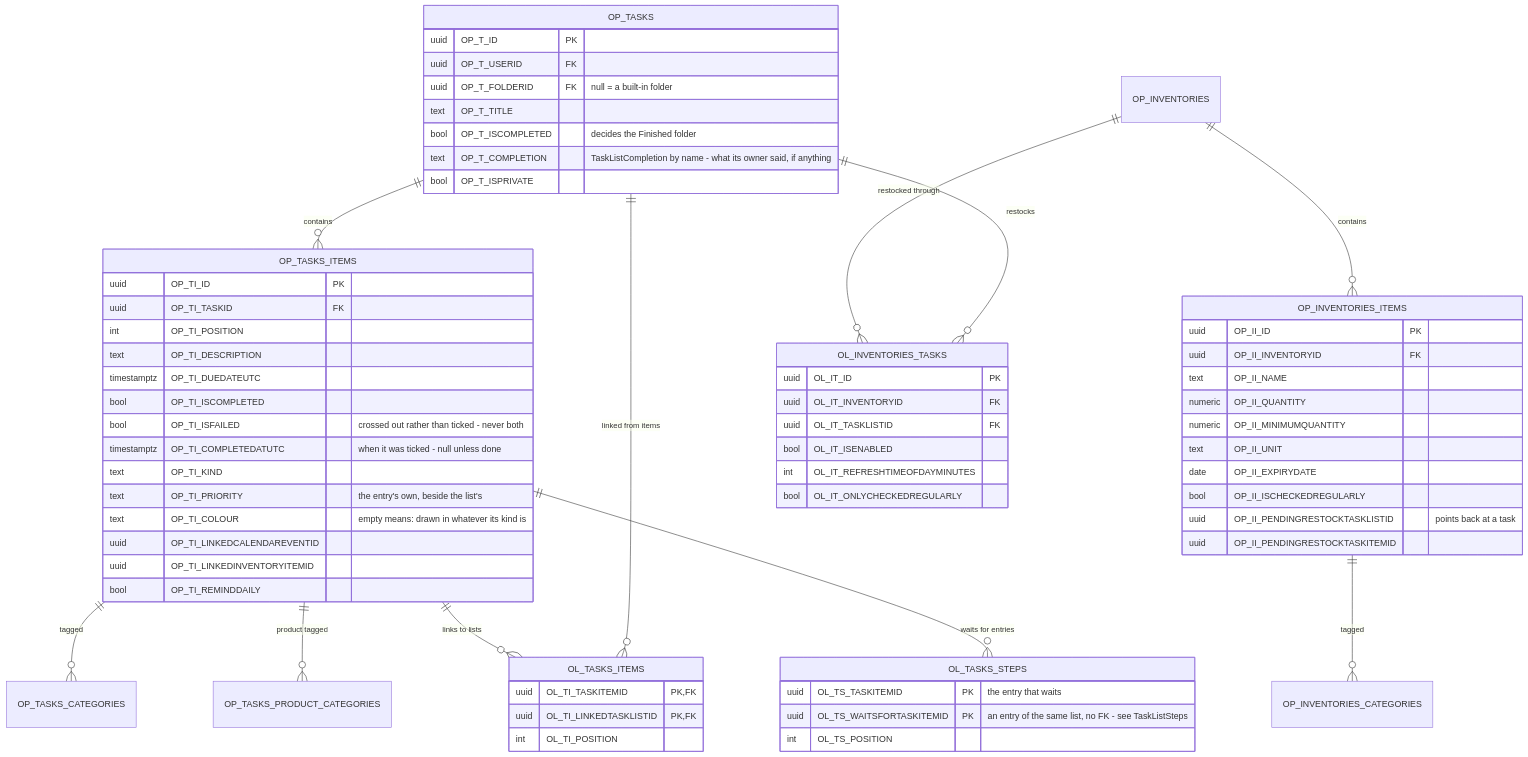
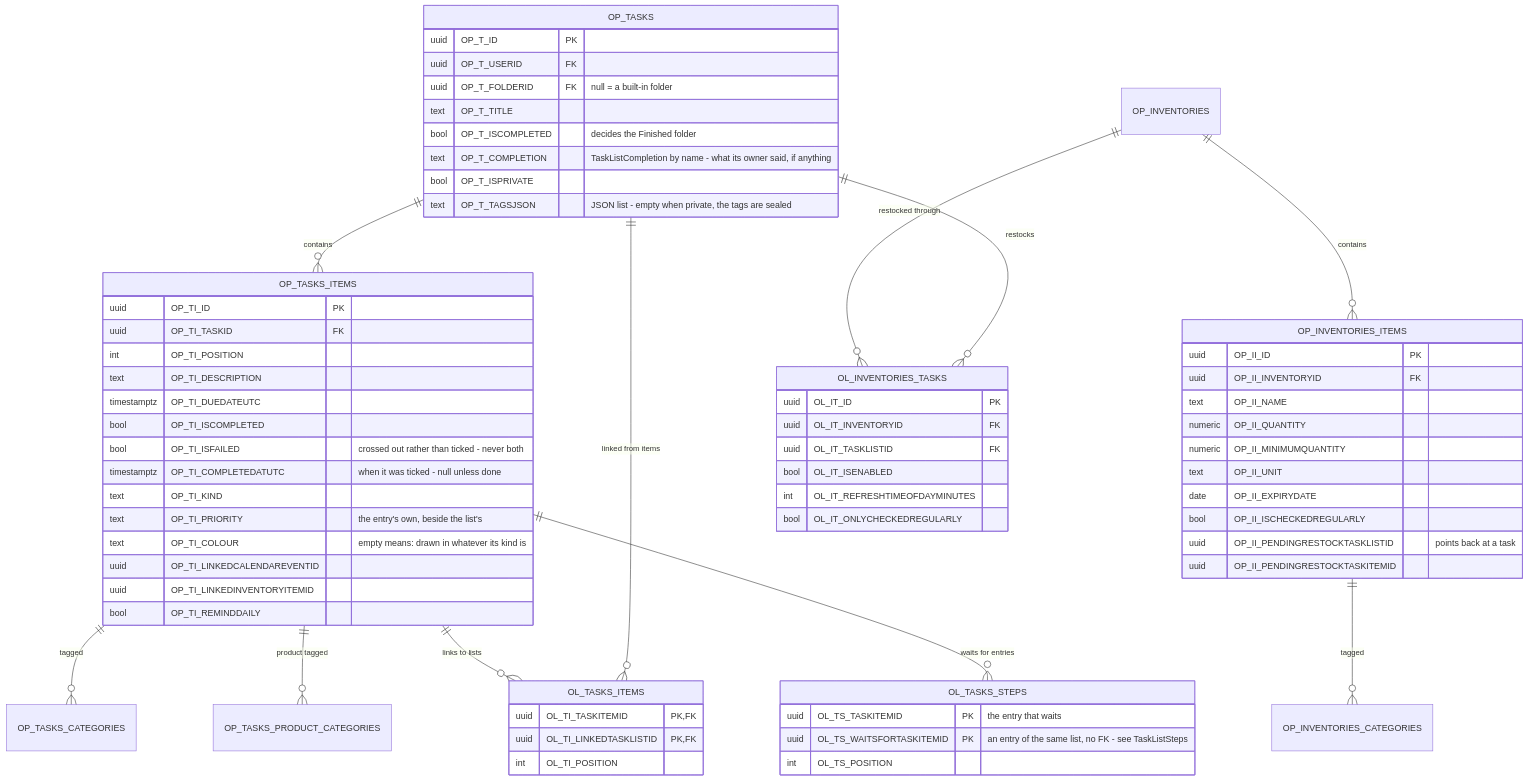
Before and after one commit to NorArax-NeflinOwl/orbit: the third of 6 diagrams in info/uml/database.md, drawn with Mermaid. The commit also changed other lines of this file and 55 other files, not shown here.

````diff
--- a/info/uml/database.md
+++ b/info/uml/database.md
@@ -165,69 +174,70 @@
 ```mermaid
 erDiagram
     OP_TASKS ||--o{ OP_TASKS_ITEMS : contains
     OP_TASKS_ITEMS ||--o{ OP_TASKS_CATEGORIES : "tagged"
     OP_TASKS_ITEMS ||--o{ OP_TASKS_PRODUCT_CATEGORIES : "product tagged"
     OP_TASKS_ITEMS ||--o{ OL_TASKS_ITEMS : "links to lists"
     OP_TASKS_ITEMS ||--o{ OL_TASKS_STEPS : "waits for entries"
     OP_TASKS ||--o{ OL_TASKS_ITEMS : "linked from items"
     OP_INVENTORIES ||--o{ OP_INVENTORIES_ITEMS : contains
     OP_INVENTORIES_ITEMS ||--o{ OP_INVENTORIES_CATEGORIES : "tagged"
     OP_INVENTORIES ||--o{ OL_INVENTORIES_TASKS : "restocked through"
     OP_TASKS ||--o{ OL_INVENTORIES_TASKS : "restocks"
 
     OP_TASKS {
         uuid OP_T_ID PK
         uuid OP_T_USERID FK
         uuid OP_T_FOLDERID FK "null = a built-in folder"
         text OP_T_TITLE
         bool OP_T_ISCOMPLETED "decides the Finished folder"
         text OP_T_COMPLETION "TaskListCompletion by name - what its owner said, if anything"
         bool OP_T_ISPRIVATE
+        text OP_T_TAGSJSON "JSON list - empty when private, the tags are sealed"
     }
     OP_TASKS_ITEMS {
         uuid OP_TI_ID PK
         uuid OP_TI_TASKID FK
         int OP_TI_POSITION
         text OP_TI_DESCRIPTION
         timestamptz OP_TI_DUEDATEUTC
         bool OP_TI_ISCOMPLETED
         bool OP_TI_ISFAILED "crossed out rather than ticked - never both"
         timestamptz OP_TI_COMPLETEDATUTC "when it was ticked - null unless done"
         text OP_TI_KIND
         text OP_TI_PRIORITY "the entry's own, beside the list's"
         text OP_TI_COLOUR "empty means: drawn in whatever its kind is"
         uuid OP_TI_LINKEDCALENDAREVENTID
         uuid OP_TI_LINKEDINVENTORYITEMID
         bool OP_TI_REMINDDAILY
     }
     OL_TASKS_STEPS {
         uuid OL_TS_TASKITEMID PK "the entry that waits"
         uuid OL_TS_WAITSFORTASKITEMID PK "an entry of the same list, no FK - see TaskListSteps"
         int OL_TS_POSITION
     }
     OP_INVENTORIES_ITEMS {
         uuid OP_II_ID PK
         uuid OP_II_INVENTORYID FK
         text OP_II_NAME
         numeric OP_II_QUANTITY
         numeric OP_II_MINIMUMQUANTITY
         text OP_II_UNIT
         date OP_II_EXPIRYDATE
         bool OP_II_ISCHECKEDREGULARLY
         uuid OP_II_PENDINGRESTOCKTASKLISTID "points back at a task"
         uuid OP_II_PENDINGRESTOCKTASKITEMID
     }
     OL_INVENTORIES_TASKS {
         uuid OL_IT_ID PK
         uuid OL_IT_INVENTORYID FK
         uuid OL_IT_TASKLISTID FK
         bool OL_IT_ISENABLED
         int OL_IT_REFRESHTIMEOFDAYMINUTES
         bool OL_IT_ONLYCHECKEDREGULARLY
     }
     OL_TASKS_ITEMS {
         uuid OL_TI_TASKITEMID PK,FK
         uuid OL_TI_LINKEDTASKLISTID PK,FK
         int OL_TI_POSITION
     }
 ```
````
